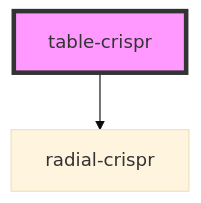
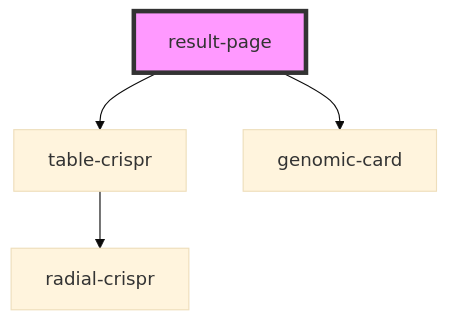
Before and after one commit to glaunay/result_page_crispr: the diagram in src/components/my-component/readme.md, drawn with Mermaid (base theme). The commit also changed other lines of this file and 5 other files, not shown here.

Commit message:
org_names in genomic-card passed by arg

````diff
--- a/src/components/my-component/readme.md
+++ b/src/components/my-component/readme.md
@@ -22,5 +24,7 @@
 ```mermaid
 graph TD;
+  result-page --> table-crispr
+  result-page --> genomic-card
   table-crispr --> radial-crispr
-  style table-crispr fill:#f9f,stroke:#333,stroke-width:4px
+  style result-page fill:#f9f,stroke:#333,stroke-width:4px
 ```
````
